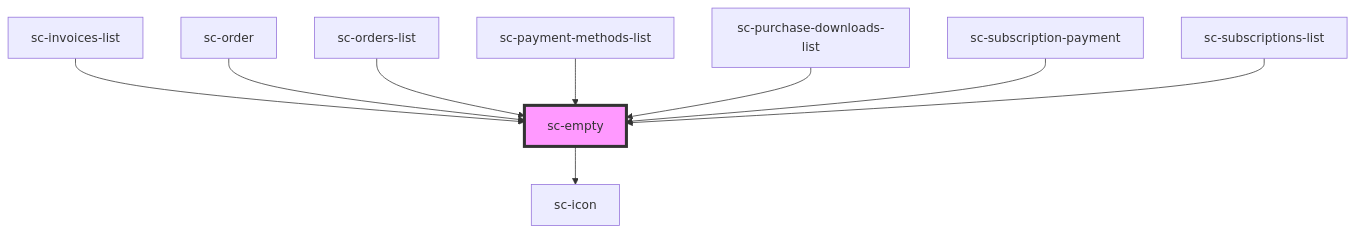
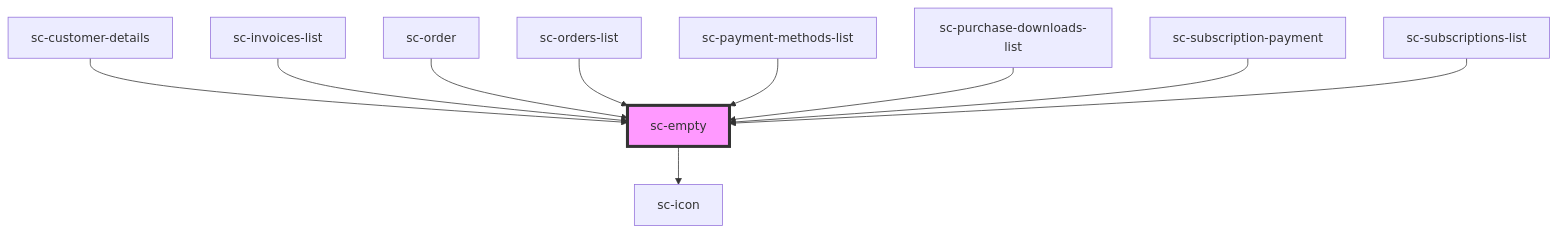
The diagram in packages/components/src/components/ui/empty/readme.md (surecart/surecart-wp-plugin), drawn with Mermaid before and after one commit. The commit also changed other lines of this file and 12 other files, not shown here.

````diff
--- a/packages/components/src/components/ui/empty/readme.md
+++ b/packages/components/src/components/ui/empty/readme.md
@@ -32,12 +33,13 @@
 ```mermaid
 graph TD;
   sc-empty --> sc-icon
+  sc-customer-details --> sc-empty
   sc-invoices-list --> sc-empty
   sc-order --> sc-empty
   sc-orders-list --> sc-empty
   sc-payment-methods-list --> sc-empty
   sc-purchase-downloads-list --> sc-empty
   sc-subscription-payment --> sc-empty
   sc-subscriptions-list --> sc-empty
   style sc-empty fill:#f9f,stroke:#333,stroke-width:4px
 ```
````
